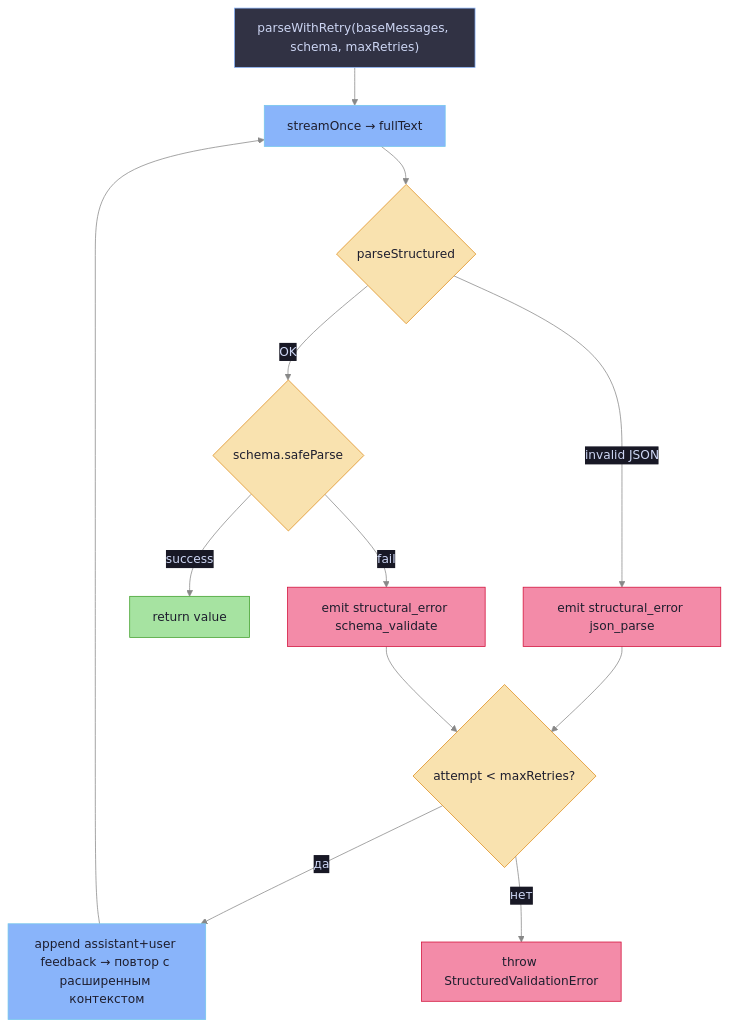
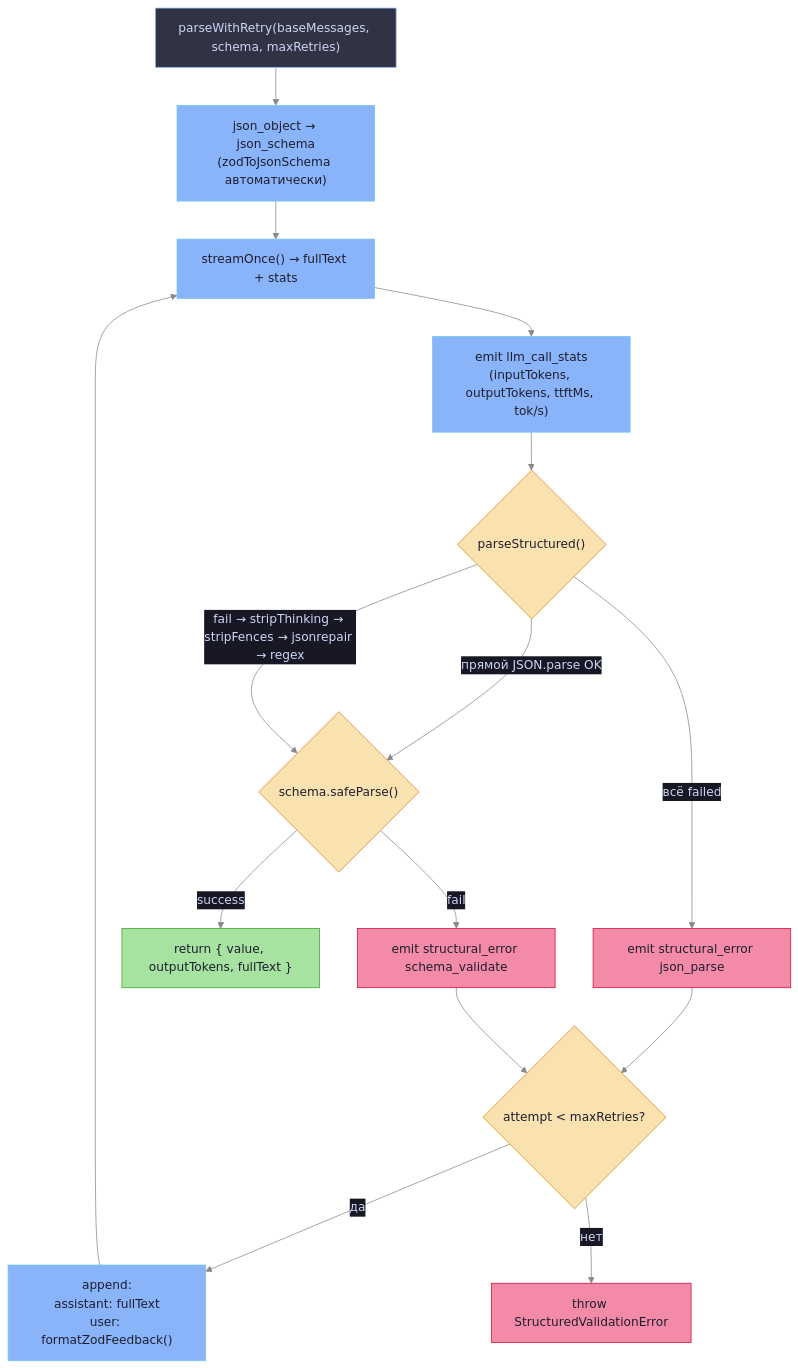
One commit to ikeniborn/obsidian-ai-wiki changed the sixth of 10 diagrams in docs/prompt-architecture.md. Above: the diagram before and after it, drawn with Mermaid. The commit also changed other lines of this file and 33 other files, not shown here.

````diff
--- a/docs/prompt-architecture.md
+++ b/docs/prompt-architecture.md
@@ -210,25 +268,32 @@
 ```mermaid
 %%{init: {'theme': 'base', 'themeVariables': {'background': '#1e1e2e', 'primaryColor': '#313244', 'primaryTextColor': '#cdd6f4', 'primaryBorderColor': '#89b4fa', 'lineColor': '#888888', 'secondaryColor': '#181825', 'tertiaryColor': '#45475a'}}}%%
 flowchart TD
     START["parseWithRetry(baseMessages, schema, maxRetries)"]
-    START --> CALL["streamOnce → fullText"]
-    CALL --> PARSE{"parseStructured"}
-    PARSE -->|"invalid JSON"| ERR_JSON["emit structural_error json_parse"]
-    PARSE -->|OK| ZOD{"schema.safeParse"}
-    ZOD -->|success| RETURN["return value"]
+    START --> UPGRADE["json_object → json_schema\n(zodToJsonSchema автоматически)"]
+    UPGRADE --> CALL["streamOnce() → fullText + stats"]
+    CALL --> STATS["emit llm_call_stats\n(inputTokens, outputTokens, ttftMs, tok/s)"]
+    STATS --> PARSE{"parseStructured()"}
+
+    PARSE -->|"прямой JSON.parse OK"| ZOD
+    PARSE -->|"fail → stripThinking → stripFences → jsonrepair → regex"| ZOD
+    PARSE -->|"всё failed"| ERR_JSON["emit structural_error json_parse"]
+
+    ZOD{"schema.safeParse()"}
+    ZOD -->|success| RETURN["return { value, outputTokens, fullText }"]
     ZOD -->|fail| ERR_ZOD["emit structural_error schema_validate"]
+
     ERR_JSON --> RETRY{"attempt < maxRetries?"}
     ERR_ZOD --> RETRY
-    RETRY -->|да| APPEND["append assistant+user feedback → повтор с расширенным контекстом"]
+    RETRY -->|да| APPEND["append:\nassistant: fullText\nuser: formatZodFeedback()"]
     RETRY -->|нет| THROW["throw StructuredValidationError"]
     APPEND --> CALL
 
     classDef step fill:#89b4fa,color:#1e1e2e,stroke:#74c7ec
     classDef dec  fill:#f9e2af,color:#1e1e2e,stroke:#df8e1d
     classDef ok   fill:#a6e3a1,color:#1e1e2e,stroke:#40a02b
     classDef err  fill:#f38ba8,color:#1e1e2e,stroke:#d20f39
-    class CALL,APPEND step
+    class CALL,APPEND,UPGRADE,STATS step
     class PARSE,ZOD,RETRY dec
     class RETURN ok
     class ERR_JSON,ERR_ZOD,THROW err
 ```
````
